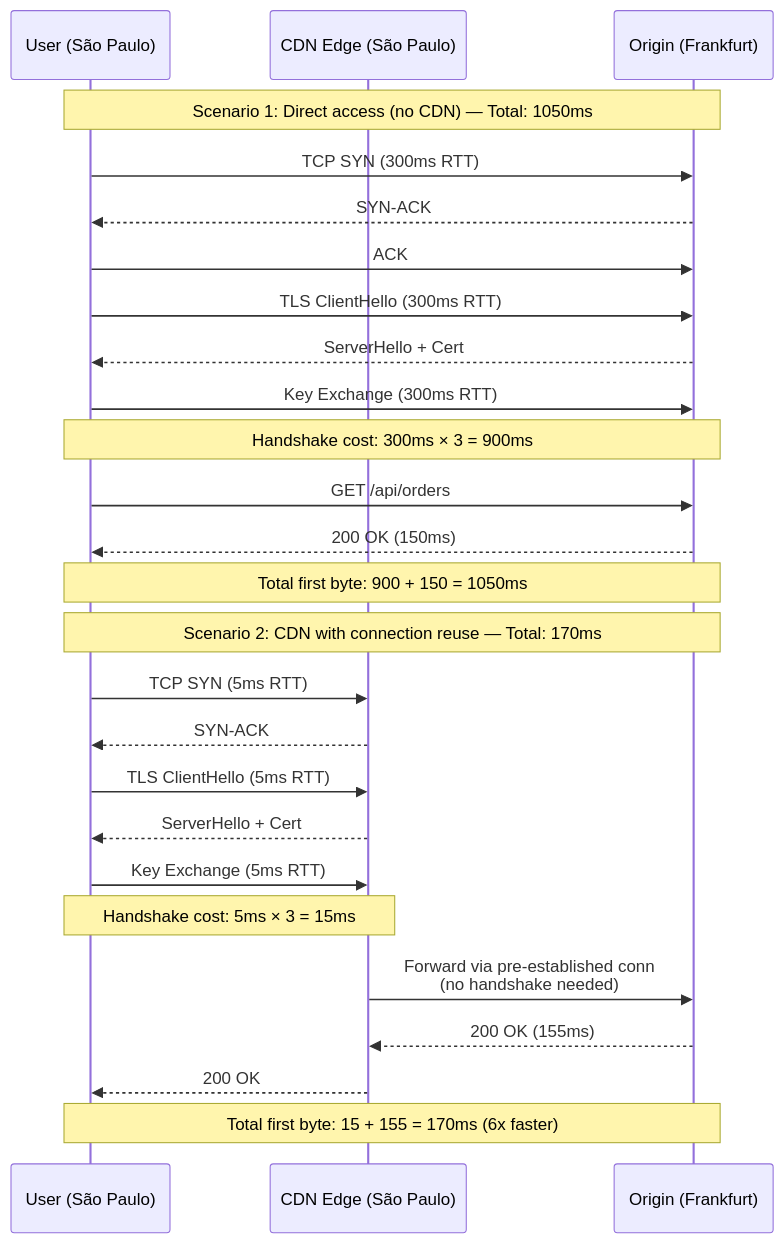
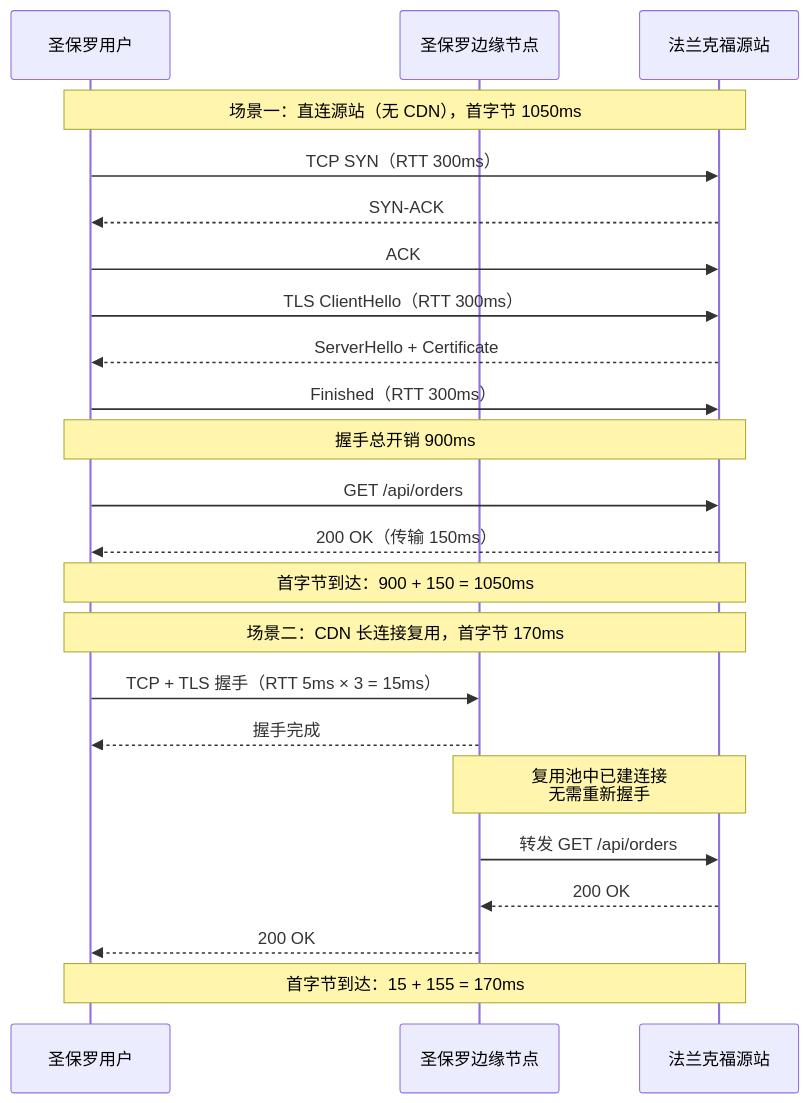
The fourth of 4 diagrams in docs/25.把内容推到用户身边CDN与边缘节点.md (caozhiyi/network-book), drawn with Mermaid before and after one commit. The commit also changed other lines of this file and 36 other files, not shown here.

````diff
--- a/docs/25.把内容推到用户身边CDN与边缘节点.md
+++ b/docs/25.把内容推到用户身边CDN与边缘节点.md
@@ -199,35 +162,27 @@
 ```mermaid
 sequenceDiagram
-    participant User as User (São Paulo)
-    participant Edge as CDN Edge (São Paulo)
-    participant Origin as Origin (Frankfurt)
+    participant 用户 as 圣保罗用户
+    participant 边缘 as 圣保罗边缘节点
+    participant 源站 as 法兰克福源站
 
-    Note over User,Origin: Scenario 1: Direct access (no CDN) — Total: 1050ms
+    Note over 用户,源站: 场景一：直连源站（无 CDN），首字节 1050ms
+    用户->>源站: TCP SYN（RTT 300ms）
+    源站-->>用户: SYN-ACK
+    用户->>源站: ACK
+    用户->>源站: TLS ClientHello（RTT 300ms）
+    源站-->>用户: ServerHello + Certificate
+    用户->>源站: Finished（RTT 300ms）
+    Note over 用户,源站: 握手总开销 900ms
+    用户->>源站: GET /api/orders
+    源站-->>用户: 200 OK（传输 150ms）
+    Note over 用户,源站: 首字节到达：900 + 150 = 1050ms
 
-    User->>Origin: TCP SYN (300ms RTT)
-    Origin-->>User: SYN-ACK
-    User->>Origin: ACK
-
-    User->>Origin: TLS ClientHello (300ms RTT)
-    Origin-->>User: ServerHello + Cert
-    User->>Origin: Key Exchange (300ms RTT)
-
-    Note over User,Origin: Handshake cost: 300ms × 3 = 900ms
-    User->>Origin: GET /api/orders
-    Origin-->>User: 200 OK (150ms)
-    Note over User,Origin: Total first byte: 900 + 150 = 1050ms
-
-    Note over User,Origin: Scenario 2: CDN with connection reuse — Total: 170ms
-
-    User->>Edge: TCP SYN (5ms RTT)
-    Edge-->>User: SYN-ACK
-    User->>Edge: TLS ClientHello (5ms RTT)
-    Edge-->>User: ServerHello + Cert
-    User->>Edge: Key Exchange (5ms RTT)
-    Note over User,Edge: Handshake cost: 5ms × 3 = 15ms
-
-    Edge->>Origin: Forward via pre-established conn<br/>(no handshake needed)
-    Origin-->>Edge: 200 OK (155ms)
-    Edge-->>User: 200 OK
-    Note over User,Origin: Total first byte: 15 + 155 = 170ms (6x faster)
+    Note over 用户,源站: 场景二：CDN 长连接复用，首字节 170ms
+    用户->>边缘: TCP + TLS 握手（RTT 5ms × 3 = 15ms）
+    边缘-->>用户: 握手完成
+    Note over 边缘,源站: 复用池中已建连接<br/>无需重新握手
+    边缘->>源站: 转发 GET /api/orders
+    源站-->>边缘: 200 OK
+    边缘-->>用户: 200 OK
+    Note over 用户,源站: 首字节到达：15 + 155 = 170ms
 ```
````
